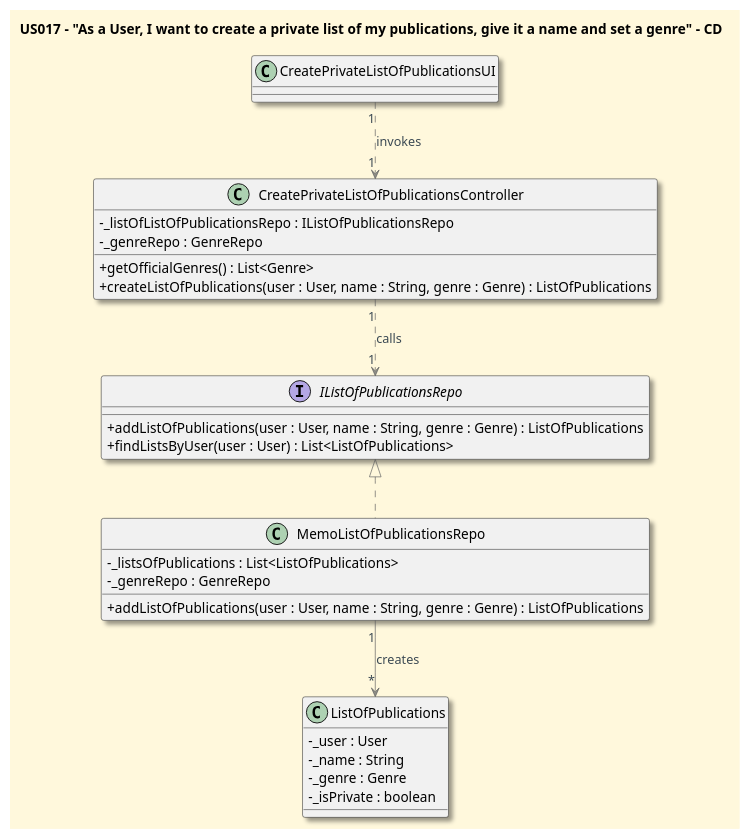
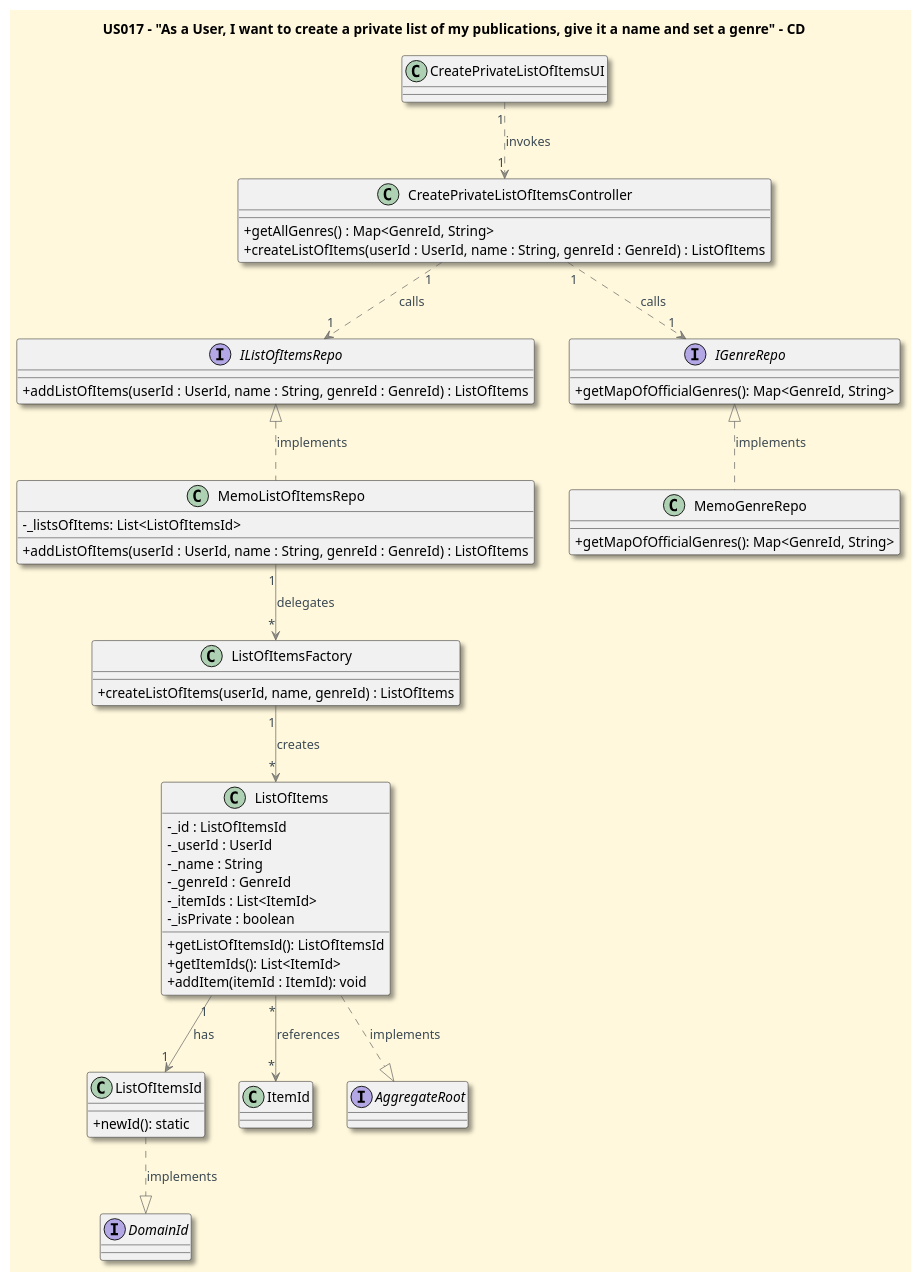
Before and after one commit to CarolinaLeite-collab/JavaMarketplacePlatform: the diagram in docs/user-stories/US017/US017_to_create_a_private_list_CD.puml, drawn with PlantUML. The commit also changed 1 other file, not shown here.

Commit message:
task: Updated CD and SD diagrams of US017 according to DDD guidelines, #483

```diff
--- a/docs/user-stories/US017/US017_to_create_a_private_list_CD.puml
+++ b/docs/user-stories/US017/US017_to_create_a_private_list_CD.puml
@@ -1,50 +1,85 @@
 @startuml
 '==== Title ====
 title US017 - "As a User, I want to create a private list of my publications, give it a name and set a genre" - CD
 top to bottom direction
 
 '==== basic style ====
 skinparam monochrome false
 skinparam shadowing true
 skinparam defaultFontName Futura
 skinparam objectFontSize 20
 skinparam backgroundColor CornSilk
 skinparam objectBackgroundColor WhiteSmoke
 skinparam noteBackgroundColor #FFFFE0
 skinparam ArrowFontColor #3B4953
 skinparam ArrowColor #57595BAA
 skinparam classAttributeIconSize 0
 
-'==== entities ====
-interface IListOfPublicationsRepo {
-+ addListOfPublications(user : User, name : String, genre : Genre) : ListOfPublications
-+ findListsByUser(user : User) : List<ListOfPublications>
+'==== Entities ===='
+interface IListOfItemsRepo {
+    + addListOfItems(userId : UserId, name : String, genreId : GenreId) : ListOfItems
 }
 
-class MemoListOfPublicationsRepo {
-- _listsOfPublications : List<ListOfPublications>
-- _genreRepo : GenreRepo
-+ addListOfPublications(user : User, name : String, genre : Genre) : ListOfPublications
+class MemoListOfItemsRepo {
+    - _listsOfItems: List<ListOfItemsId>
+
+    + addListOfItems(userId : UserId, name : String, genreId : GenreId) : ListOfItems
 }
 
-class CreatePrivateListOfPublicationsController {
-	-_listOfListOfPublicationsRepo : IListOfPublicationsRepo
-	-_genreRepo : GenreRepo
-	+ getOfficialGenres() : List<Genre>
-	+ createListOfPublications(user : User, name : String, genre : Genre) : ListOfPublications
+class CreatePrivateListOfItemsController {
+	+ getAllGenres() : Map<GenreId, String>
+	+ createListOfItems(userId : UserId, name : String, genreId : GenreId) : ListOfItems
 }
 
-Class ListOfPublications {
--_user : User
--_name : String
--_genre : Genre
--_isPrivate : boolean
+class ListOfItemsFactory {
+    + createListOfItems(userId, name, genreId) : ListOfItems
 }
 
-'==== connections ====
-MemoListOfPublicationsRepo "1" --> "*" ListOfPublications: creates
-IListOfPublicationsRepo <|.. MemoListOfPublicationsRepo
-CreatePrivateListOfPublicationsController  "1" ..> "1" IListOfPublicationsRepo: calls
-CreatePrivateListOfPublicationsUI "1" ..> "1" CreatePrivateListOfPublicationsController: invokes
+interface IGenreRepo {
+    + getMapOfOfficialGenres(): Map<GenreId, String>
+}
+
+class MemoGenreRepo {
+    + getMapOfOfficialGenres(): Map<GenreId, String>
+}
+
+class ListOfItemsId {
+    + newId(): static
+}
+
+interface DomainId {}
+
+class ListOfItems {
+    - _id : ListOfItemsId
+    - _userId : UserId
+    - _name : String
+    - _genreId : GenreId
+    - _itemIds : List<ItemId>
+    - _isPrivate : boolean
+
+    + getListOfItemsId(): ListOfItemsId
+    + getItemIds(): List<ItemId>
+    + addItem(itemId : ItemId): void
+}
+
+class ItemId {}
+
+interface AggregateRoot {}
+
+
+'==== Interactions ===='
+
+CreatePrivateListOfItemsUI "1" ..> "1" CreatePrivateListOfItemsController: invokes
+CreatePrivateListOfItemsController "1" ..> "1" IGenreRepo: calls
+IGenreRepo <|.. MemoGenreRepo: implements
+CreatePrivateListOfItemsController  "1" ..> "1" IListOfItemsRepo: calls
+IListOfItemsRepo <|.. MemoListOfItemsRepo: implements
+MemoListOfItemsRepo "1" --> "*" ListOfItemsFactory: delegates
+ListOfItemsFactory "1" --> "*" ListOfItems: creates
+ListOfItems "1" --> "1" ListOfItemsId: has
+ListOfItems "*" --> "*" ItemId: references
+ListOfItems ..|> AggregateRoot: implements
+ListOfItemsId ..|> DomainId: implements
+
 
 @enduml
```
